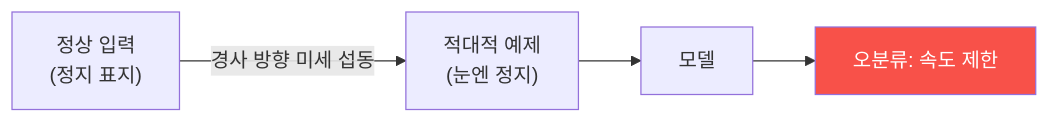
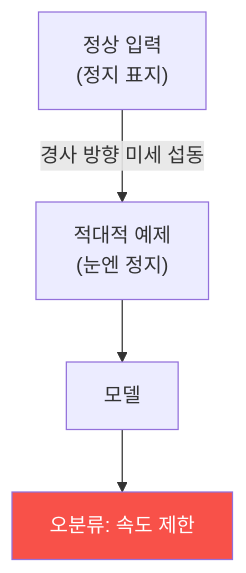
One commit to mrgrit/tw2 changed the diagram in contents/training/autonomous-systems/lecture_week13.md. Above: the diagram before and after it, drawn with Mermaid. The commit also changed other lines of this file, not shown here.

First line of the commit message:
docs(autonomous-systems): W13 강의 교재 보강 — AI 모델 공격/방어(적대적 예제)

````diff
--- a/contents/training/autonomous-systems/lecture_week13.md
+++ b/contents/training/autonomous-systems/lecture_week13.md
@@ -55,7 +55,7 @@
 ```mermaid
-graph LR
-    X["정상 입력<br/>(정지 표지)"] -->|경사 방향 미세 섭동| X2["적대적 예제<br/>(눈엔 정지)"]
+graph TD
+    X["정상 입력<br/>(정지 표지)"] -->|"경사 방향 미세 섭동"| X2["적대적 예제<br/>(눈엔 정지)"]
     X2 --> M["모델"]
     M --> W["오분류: 속도 제한"]
     style W fill:#f85149,color:#fff
 ```
````
